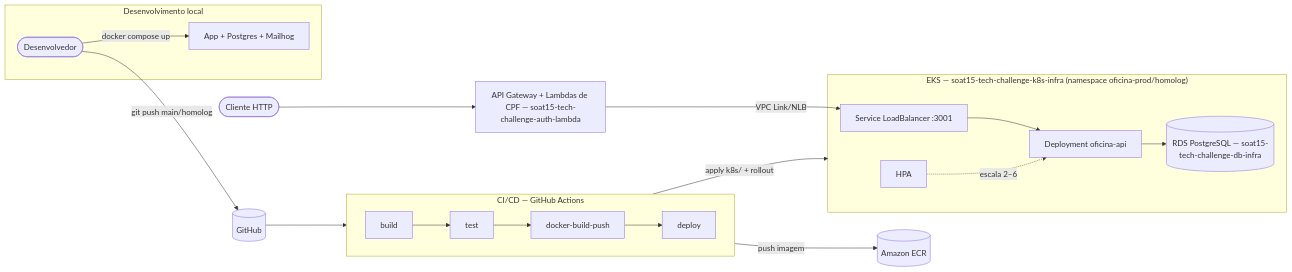
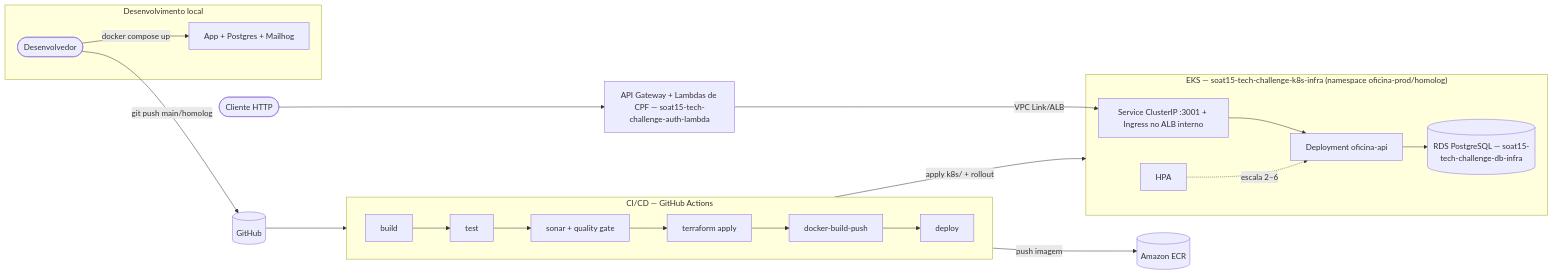
One commit to PedrosPinho/soat15-tech-challenge-01 changed the diagram in README.md. Above: the diagram before and after it, drawn with Mermaid. The commit also changed other lines of this file and 3 other files, not shown here.

Commit message:
feat: job sonar com quality gate, terraform plan em PR e destroy manual do servico

````diff
--- a/README.md
+++ b/README.md
@@ -88,25 +88,25 @@
 ```mermaid
 flowchart LR
     subgraph Local["Desenvolvimento local"]
         Dev([Desenvolvedor]) -->|docker compose up| Compose[App + Postgres + Mailhog]
     end
 
     subgraph Pipeline["CI/CD — GitHub Actions"]
         direction LR
-        Build[build] --> Test[test] --> DockerBuild[docker-build-push] --> CIDeploy[deploy]
+        Build[build] --> Test[test] --> Sonar[sonar + quality gate] --> TF[terraform apply] --> DockerBuild[docker-build-push] --> CIDeploy[deploy]
     end
 
     Dev -->|git push main/homolog| GH[(GitHub)]
     GH --> Pipeline
     DockerBuild -->|push imagem| ECR[(Amazon ECR)]
     CIDeploy -->|apply k8s/ + rollout| K8s
 
     subgraph K8s["EKS — soat15-tech-challenge-k8s-infra (namespace oficina-prod/homolog)"]
-        Svc[Service LoadBalancer :3001] --> API[Deployment oficina-api]
+        Svc[Service ClusterIP :3001 + Ingress no ALB interno] --> API[Deployment oficina-api]
         HPA -.escala 2–6.-> API
         API --> RDS[(RDS PostgreSQL — soat15-tech-challenge-db-infra)]
     end
 
-    APIGW[API Gateway + Lambdas de CPF — soat15-tech-challenge-auth-lambda] -->|VPC Link/NLB| Svc
+    APIGW[API Gateway + Lambdas de CPF — soat15-tech-challenge-auth-lambda] -->|VPC Link/ALB| Svc
     Cliente([Cliente HTTP]) --> APIGW
 ```
````
